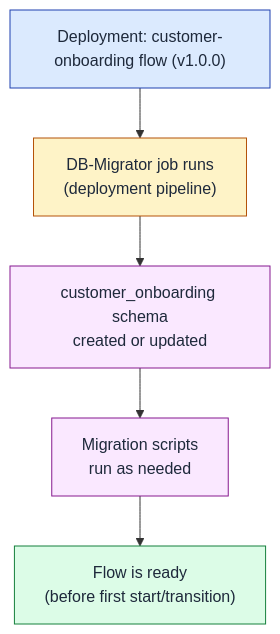
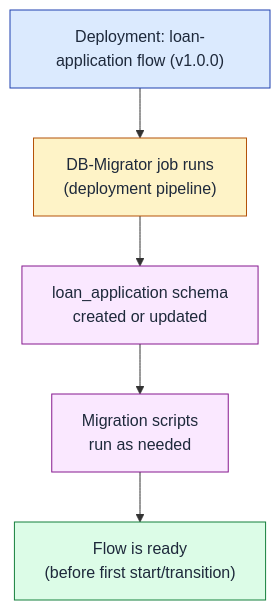
One commit to burgan-tech/vnext-docs changed the third of 6 diagrams in i18n/en/docusaurus-plugin-content-docs-architecture/current/data/database.md. Above: the diagram before and after it, drawn with Mermaid. The commit also changed other lines of this file and 21 other files, not shown here.

````diff
--- a/i18n/en/docusaurus-plugin-content-docs-architecture/current/data/database.md
+++ b/i18n/en/docusaurus-plugin-content-docs-architecture/current/data/database.md
@@ -117,13 +117,13 @@
 ```mermaid
 flowchart TB
-  S1["Deployment: customer-onboarding flow (v1.0.0)"] --> S2["DB-Migrator job runs<br/>(deployment pipeline)"]
-  S2 --> S3["customer_onboarding schema<br/>created or updated"]
+  S1["Deployment: loan-application flow (v1.0.0)"] --> S2["DB-Migrator job runs<br/>(deployment pipeline)"]
+  S2 --> S3["loan_application schema<br/>created or updated"]
   S3 --> S4["Migration scripts<br/>run as needed"]
   S4 --> S5["Flow is ready<br/>(before first start/transition)"]
 
   style S1 fill:#dbeafe,stroke:#1e40af,color:#1e293b
   style S2 fill:#fef3c7,stroke:#b45309,color:#1e293b
   style S3 fill:#fae8ff,stroke:#86198f,color:#1e293b
   style S4 fill:#fae8ff,stroke:#86198f,color:#1e293b
   style S5 fill:#dcfce7,stroke:#15803d,color:#1e293b
 ```
````
